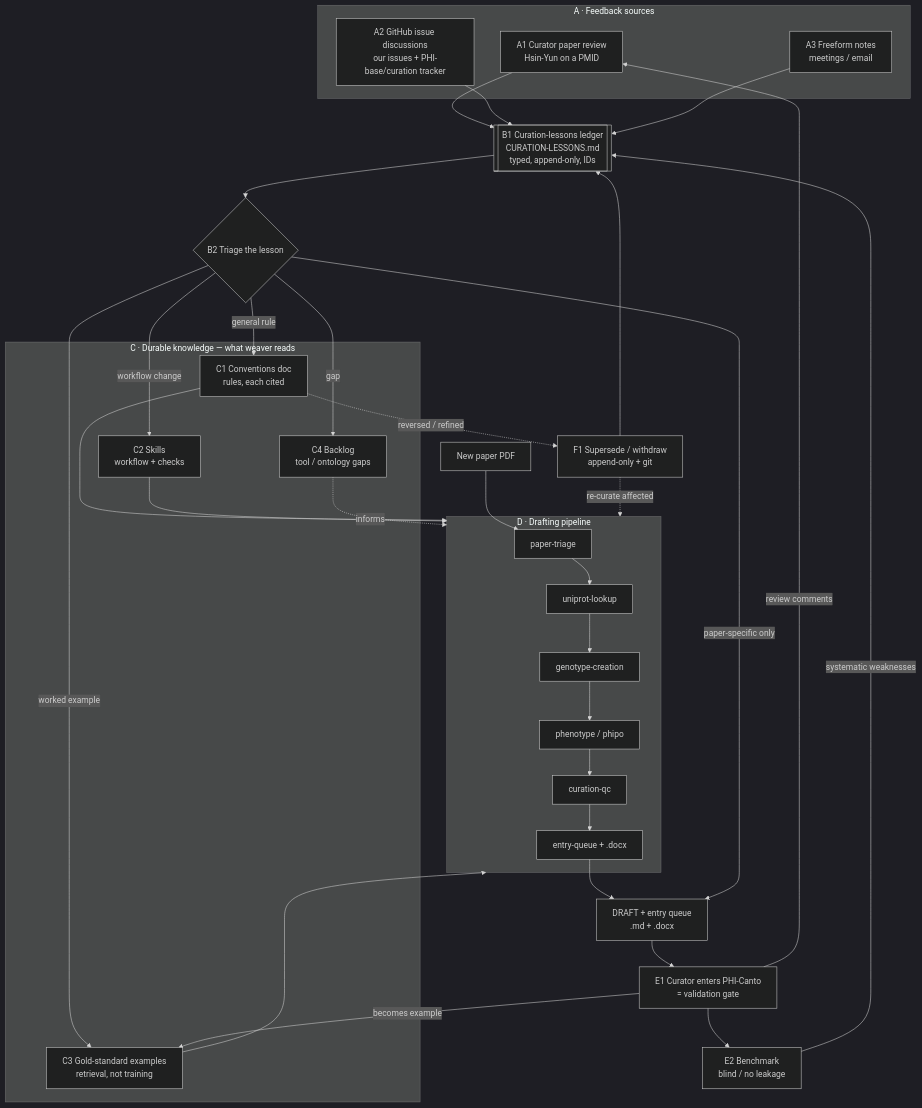
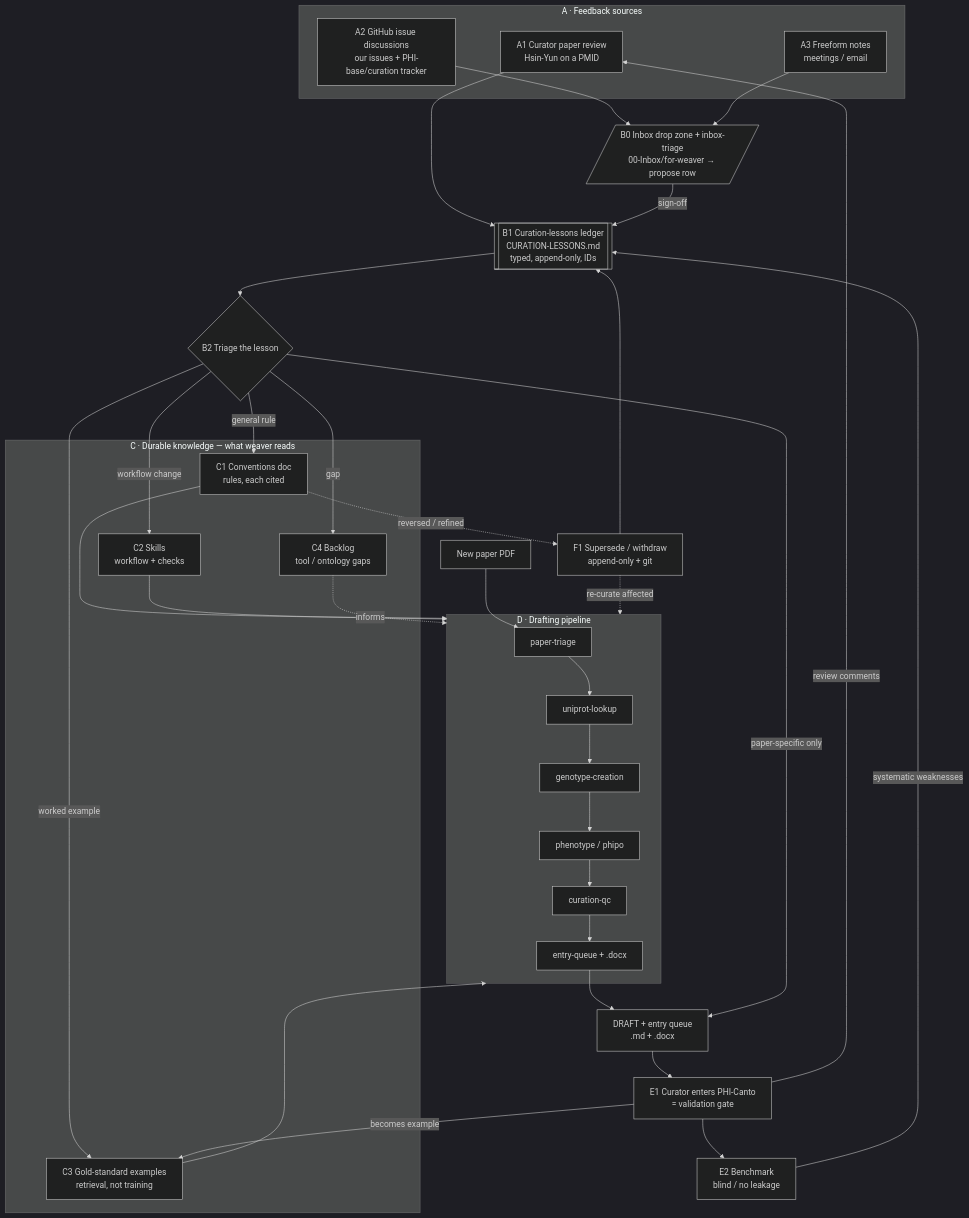
Before and after one commit to PHI-base/phi-weaver: the diagram in docs/LEARNING-SYSTEM.md, drawn with Mermaid (dark theme). The commit also changed other lines of this file and 3 other files, not shown here.

First line of the commit message:
inbox-triage: add feedback drop-zone skill + wire into learning system

````diff
--- a/docs/LEARNING-SYSTEM.md
+++ b/docs/LEARNING-SYSTEM.md
@@ -91,50 +109,52 @@
 ```mermaid
 flowchart TB
   subgraph A[A · Feedback sources]
     A1[A1 Curator paper review\nHsin-Yun on a PMID]
     A2[A2 GitHub issue discussions\nour issues + PHI-base/curation tracker]
     A3[A3 Freeform notes\nmeetings / email]
   end
 
+  B0[/B0 Inbox drop zone + inbox-triage\n00-Inbox/for-weaver → propose row/]
   B1[[B1 Curation-lessons ledger\nCURATION-LESSONS.md\ntyped, append-only, IDs]]
   B2{B2 Triage the lesson}
 
   subgraph C[C · Durable knowledge — what weaver reads]
     C1[C1 Conventions doc\nrules, each cited]
     C2[C2 Skills\nworkflow + checks]
     C3[C3 Gold-standard examples\nretrieval, not training]
     C4[C4 Backlog\ntool / ontology gaps]
   end
 
   subgraph D[D · Drafting pipeline]
     D1[paper-triage]-->D2[uniprot-lookup]-->D3[genotype-creation]-->D4[phenotype / phipo]-->D5[curation-qc]-->D6[entry-queue + .docx]
   end
 
   D0[New paper PDF]-->D1
   D6-->D7[DRAFT + entry queue\n.md + .docx]
 
   A1-->B1
-  A2-->B1
-  A3-->B1
+  A2-->B0
+  A3-->B0
+  B0-->|sign-off|B1
   B1-->B2
   B2-->|general rule|C1
   B2-->|workflow change|C2
   B2-->|worked example|C3
   B2-->|gap|C4
   B2-->|paper-specific only|D7
 
   C1-->D
   C2-->D
   C3-->D
   C4-.informs.->D
 
   D7-->E1[E1 Curator enters PHI-Canto\n= validation gate]
   E1-->E2[E2 Benchmark\nblind / no leakage]
   E1-->|becomes example|C3
   E1-->|review comments|A1
   E2-->|systematic weaknesses|B1
 
   C1-. reversed / refined .->F1[F1 Supersede / withdraw\nappend-only + git]
   F1-->B1
   F1-. re-curate affected .->D
 ```
````
